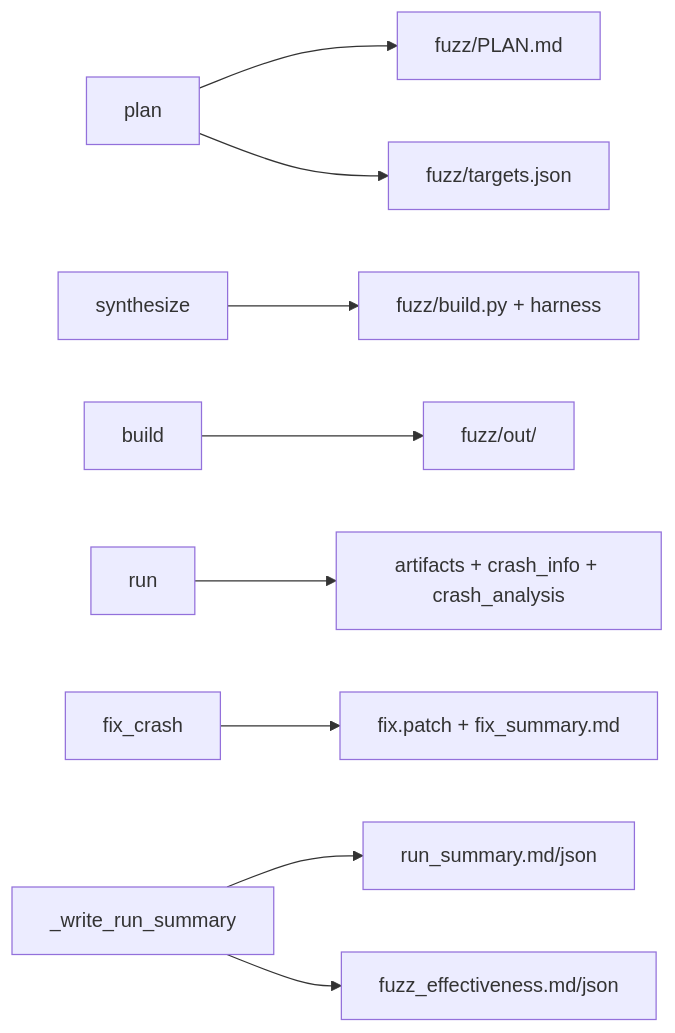
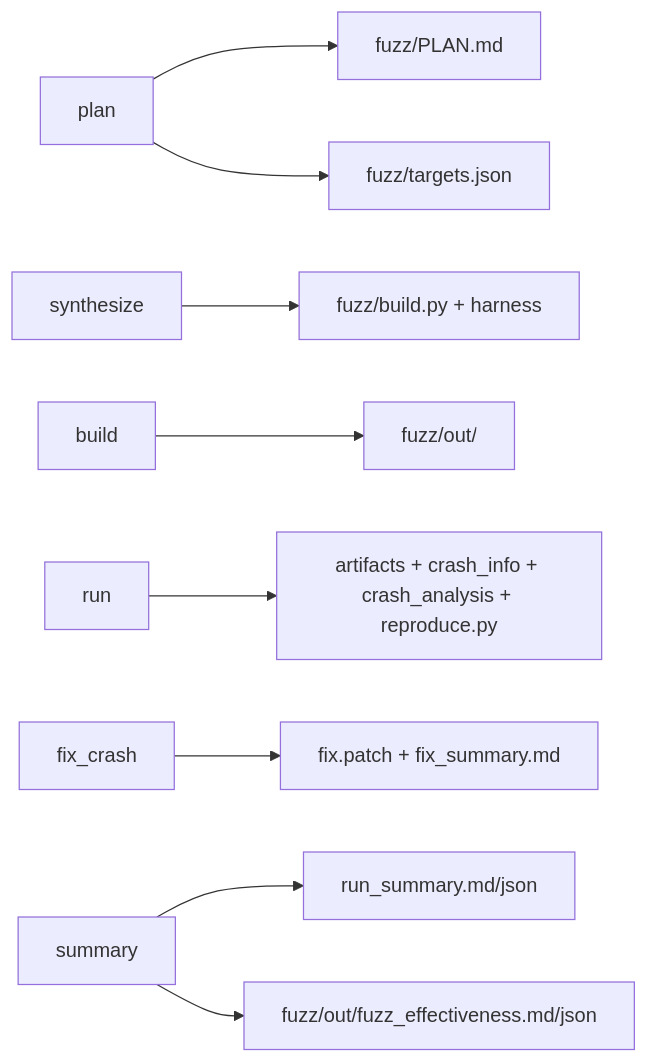
The sixth of 10 diagrams in README.md (ZUENS2020/Sherpa), drawn with Mermaid before and after one commit. The commit also changed other lines of this file, not shown here.

````diff
--- a/README.md
+++ b/README.md
@@ -118,11 +212,11 @@
 ```mermaid
 flowchart LR
-  planN["plan"] --> P1["fuzz/PLAN.md"]
-  planN --> P2["fuzz/targets.json"]
-  synN["synthesize"] --> S1["fuzz/build.py + harness"]
-  buildN["build"] --> B1["fuzz/out/<fuzzer>"]
-  runN["run"] --> R1["artifacts + crash_info + crash_analysis"]
-  fixN["fix_crash"] --> F1["fix.patch + fix_summary.md"]
-  endN["_write_run_summary"] --> SUM["run_summary.md/json"]
-  endN --> EFF["fuzz_effectiveness.md/json"]
+  Plan["plan"] --> A["fuzz/PLAN.md"]
+  Plan --> B["fuzz/targets.json"]
+  Syn["synthesize"] --> C["fuzz/build.py + harness"]
+  Build["build"] --> D["fuzz/out/<fuzzer>"]
+  Run["run"] --> E["artifacts + crash_info + crash_analysis + reproduce.py"]
+  Fix["fix_crash"] --> F["fix.patch + fix_summary.md"]
+  End["summary"] --> G["run_summary.md/json"]
+  End --> H["fuzz/out/fuzz_effectiveness.md/json"]
 ```
````
